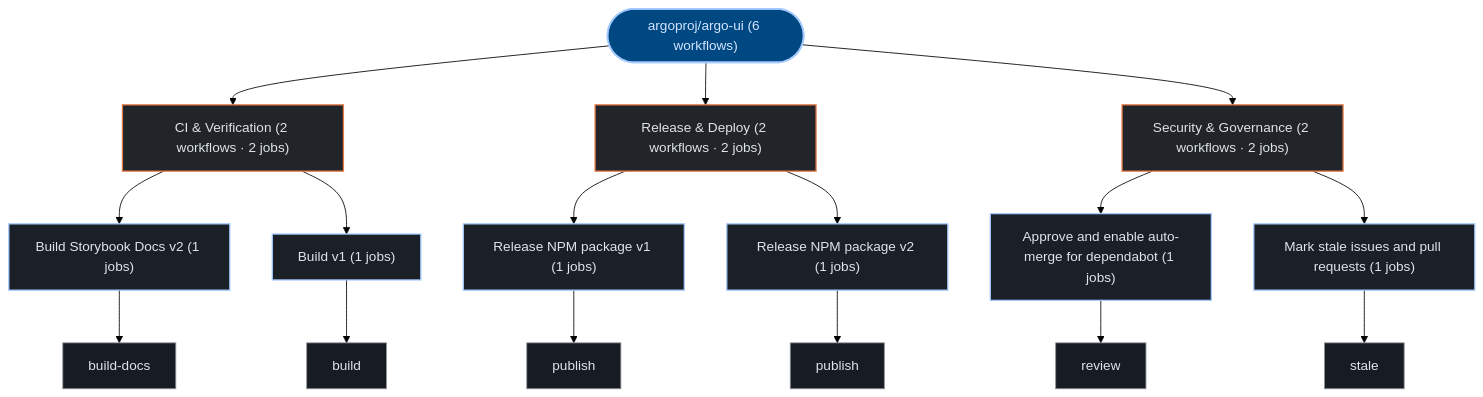
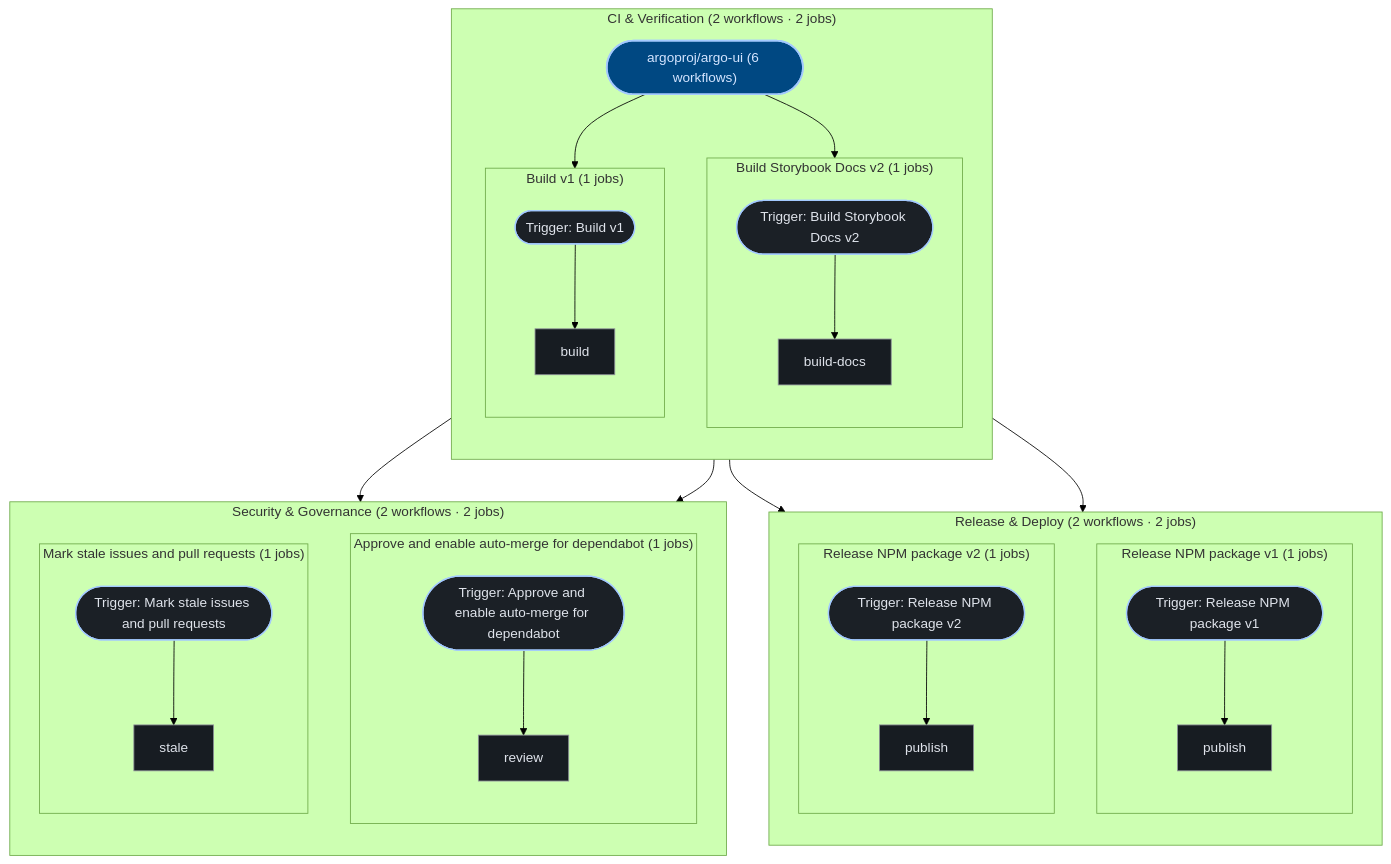
The third of 3 diagrams in exports/latest/reports/argoproj-argo-ui-report.md (kumarshaz/atruss-code-atlas), drawn with Mermaid (forest theme) before and after one commit. The commit also changed 181 other files, not shown here.

````diff
--- a/exports/latest/reports/argoproj-argo-ui-report.md
+++ b/exports/latest/reports/argoproj-argo-ui-report.md
@@ -242,41 +242,62 @@
 ```mermaid
 graph TD;
   classDef atlasRoot fill:#004882,stroke:#a3c9ff,stroke-width:2px,color:#d3e4ff
   classDef atlasCategory fill:#212428,stroke:#E87A48,stroke-width:1.5px,color:#dfe3eb
   classDef atlasWorkflow fill:#1b2026,stroke:#a3c9ff,stroke-width:1.5px,color:#dfe3eb
   classDef atlasJob fill:#171c22,stroke:#8d9199,stroke-width:1px,color:#dfe3eb
   classDef atlasTarget fill:#005227,stroke:#8bd99b,stroke-width:1.5px,color:#a7f6b6
   classDef atlasAlert fill:#93000a,stroke:#ffb4ab,stroke-width:1.5px,color:#ffdad6
   classDef atlasMore fill:#252a31,stroke:#8d9199,stroke-dasharray:4 4,color:#c3c6cf
   pipeline_root(["argoproj/argo-ui (6 workflows)"]):::atlasRoot
-  grp_0_CI___Verification["CI & Verification (2 workflows · 2 jobs)"]:::atlasCategory
-  pipeline_root --> grp_0_CI___Verification
-  wf_0_Build_Storybook_Docs_v2["Build Storybook Docs v2 (1 jobs)"]:::atlasWorkflow
-  grp_0_CI___Verification --> wf_0_Build_Storybook_Docs_v2
-  job_0_build_docs["build-docs"]:::atlasJob
-  wf_0_Build_Storybook_Docs_v2 --> job_0_build_docs
-  wf_1_Build_v1["Build v1 (1 jobs)"]:::atlasWorkflow
-  grp_0_CI___Verification --> wf_1_Build_v1
-  job_1_build["build"]:::atlasJob
-  wf_1_Build_v1 --> job_1_build
-  grp_1_Release___Deploy["Release & Deploy (2 workflows · 2 jobs)"]:::atlasCategory
-  pipeline_root --> grp_1_Release___Deploy
-  wf_3_Release_NPM_package_v1["Release NPM package v1 (1 jobs)"]:::atlasWorkflow
-  grp_1_Release___Deploy --> wf_3_Release_NPM_package_v1
-  job_3_publish["publish"]:::atlasJob
-  wf_3_Release_NPM_package_v1 --> job_3_publish
-  wf_4_Release_NPM_package_v2["Release NPM package v2 (1 jobs)"]:::atlasWorkflow
-  grp_1_Release___Deploy --> wf_4_Release_NPM_package_v2
-  job_4_publish["publish"]:::atlasJob
-  wf_4_Release_NPM_package_v2 --> job_4_publish
-  grp_2_Security___Governance["Security & Governance (2 workflows · 2 jobs)"]:::atlasCategory
-  pipeline_root --> grp_2_Security___Governance
-  wf_2_Approve_and_enable_auto_merge_for_dependabot["Approve and enable auto-merge for dependabot (1 jobs)"]:::atlasWorkflow
-  grp_2_Security___Governance --> wf_2_Approve_and_enable_auto_merge_for_dependabot
-  job_2_review["review"]:::atlasJob
-  wf_2_Approve_and_enable_auto_merge_for_dependabot --> job_2_review
-  wf_5_Mark_stale_issues_and_pull_requests["Mark stale issues and pull requests (1 jobs)"]:::atlasWorkflow
-  grp_2_Security___Governance --> wf_5_Mark_stale_issues_and_pull_requests
-  job_5_stale["stale"]:::atlasJob
-  wf_5_Mark_stale_issues_and_pull_requests --> job_5_stale
+  subgraph sg_grp_0_CI___Verification["CI & Verification (2 workflows · 2 jobs)"]
+    direction TB
+    subgraph sg_wf_0_Build_Storybook_Docs_v2["Build Storybook Docs v2 (1 jobs)"]
+      direction TB
+      wf_0_Build_Storybook_Docs_v2(["Trigger: Build Storybook Docs v2"]):::atlasWorkflow
+      job_0_build_docs["build-docs"]:::atlasJob
+      wf_0_Build_Storybook_Docs_v2 --> job_0_build_docs
+    end
+    pipeline_root --> wf_0_Build_Storybook_Docs_v2
+    subgraph sg_wf_1_Build_v1["Build v1 (1 jobs)"]
+      direction TB
+      wf_1_Build_v1(["Trigger: Build v1"]):::atlasWorkflow
+      job_1_build["build"]:::atlasJob
+      wf_1_Build_v1 --> job_1_build
+    end
+    pipeline_root --> wf_1_Build_v1
+  end
+  subgraph sg_grp_1_Release___Deploy["Release & Deploy (2 workflows · 2 jobs)"]
+    direction TB
+    subgraph sg_wf_3_Release_NPM_package_v1["Release NPM package v1 (1 jobs)"]
+      direction TB
+      wf_3_Release_NPM_package_v1(["Trigger: Release NPM package v1"]):::atlasWorkflow
+      job_3_publish["publish"]:::atlasJob
+      wf_3_Release_NPM_package_v1 --> job_3_publish
+    end
+    pipeline_root --> wf_3_Release_NPM_package_v1
+    subgraph sg_wf_4_Release_NPM_package_v2["Release NPM package v2 (1 jobs)"]
+      direction TB
+      wf_4_Release_NPM_package_v2(["Trigger: Release NPM package v2"]):::atlasWorkflow
+      job_4_publish["publish"]:::atlasJob
+      wf_4_Release_NPM_package_v2 --> job_4_publish
+    end
+    pipeline_root --> wf_4_Release_NPM_package_v2
+  end
+  subgraph sg_grp_2_Security___Governance["Security & Governance (2 workflows · 2 jobs)"]
+    direction TB
+    subgraph sg_wf_2_Approve_and_enable_auto_merge_for_dependabot["Approve and enable auto-merge for dependabot (1 jobs)"]
+      direction TB
+      wf_2_Approve_and_enable_auto_merge_for_dependabot(["Trigger: Approve and enable auto-merge for dependabot"]):::atlasWorkflow
+      job_2_review["review"]:::atlasJob
+      wf_2_Approve_and_enable_auto_merge_for_dependabot --> job_2_review
+    end
+    pipeline_root --> wf_2_Approve_and_enable_auto_merge_for_dependabot
+    subgraph sg_wf_5_Mark_stale_issues_and_pull_requests["Mark stale issues and pull requests (1 jobs)"]
+      direction TB
+      wf_5_Mark_stale_issues_and_pull_requests(["Trigger: Mark stale issues and pull requests"]):::atlasWorkflow
+      job_5_stale["stale"]:::atlasJob
+      wf_5_Mark_stale_issues_and_pull_requests --> job_5_stale
+    end
+    pipeline_root --> wf_5_Mark_stale_issues_and_pull_requests
+  end
 ```
````
